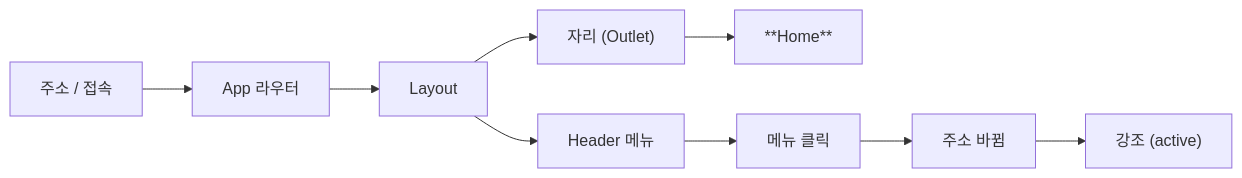
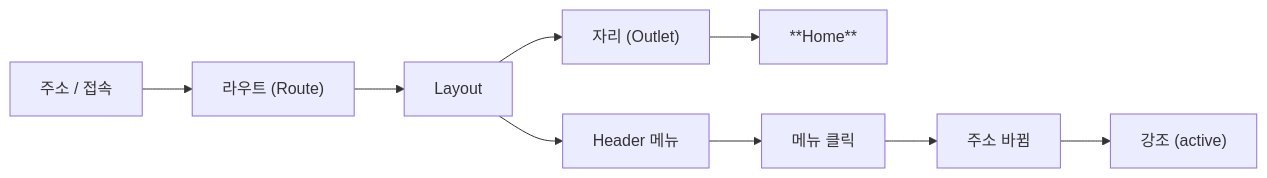
The diagram in .projectcode/chapters/layout/diagrams/flow.md (metakit-sorucecode/react-blog), drawn with Mermaid before and after one commit. The commit also changed 6 other files, not shown here.

````diff
--- a/.projectcode/chapters/layout/diagrams/flow.md
+++ b/.projectcode/chapters/layout/diagrams/flow.md
@@ -3,11 +3,11 @@
 ```mermaid
 flowchart LR
-  A[주소 / 접속] --> B[App 라우터]
+  A[주소 / 접속] --> B["라우트 (Route)"]
   B --> C[Layout]
   C --> D[Header 메뉴]
   C --> E["자리 (Outlet)"]
   E --> F[**Home**]
   D --> G[메뉴 클릭]
   G --> H[주소 바뀜]
   H --> I["강조 (active)"]
 ```
````
